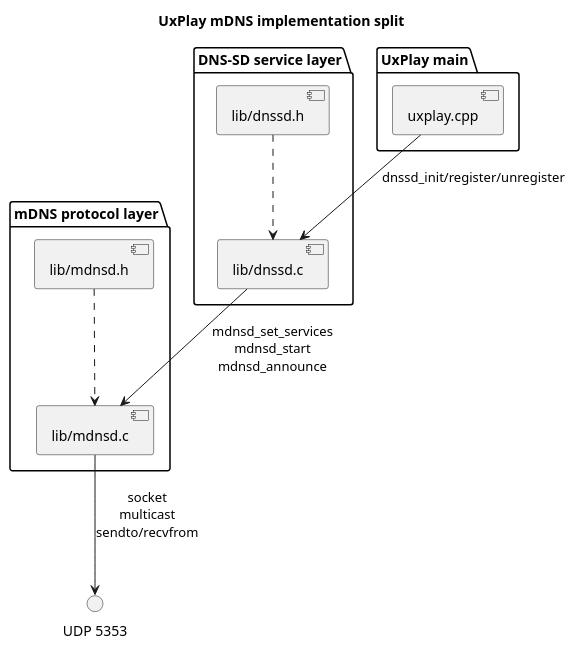
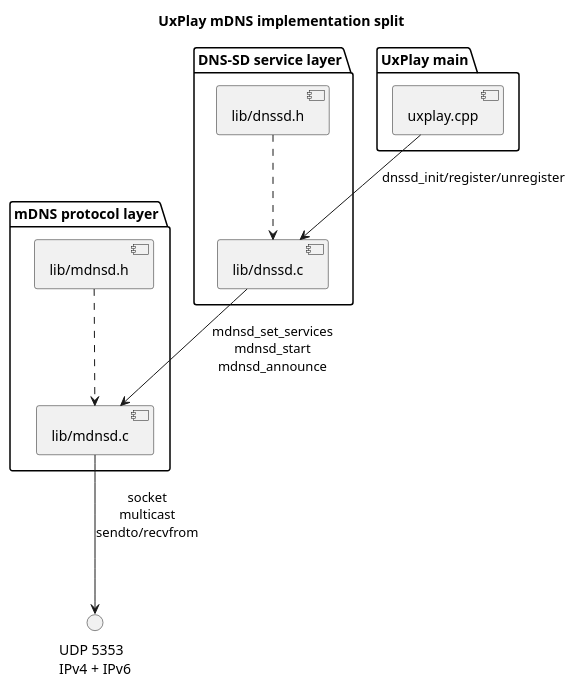
The fourth of 6 diagrams in content/articles/Android/airplay_mdns_discovery/index.md (kgbook/blog), drawn with PlantUML before and after one commit. The commit also changed other lines of this file, not shown here.

Commit message:
feat: add ipv6 mDNS support

````diff
--- a/content/articles/Android/airplay_mdns_discovery/index.md
+++ b/content/articles/Android/airplay_mdns_discovery/index.md
@@ -372,27 +387,27 @@
 ```plantuml
 @startuml
 title UxPlay mDNS implementation split
 
 package "UxPlay main" {
   [uxplay.cpp] as UxPlay
 }
 
 package "DNS-SD service layer" {
   [lib/dnssd.c] as Dnssd
   [lib/dnssd.h] as DnssdH
 }
 
 package "mDNS protocol layer" {
   [lib/mdnsd.c] as Mdnsd
   [lib/mdnsd.h] as MdnsdH
 }
 
 UxPlay --> Dnssd : dnssd_init/register/unregister
 Dnssd --> Mdnsd : mdnsd_set_services\nmdnsd_start\nmdnsd_announce
-Mdnsd --> "UDP 5353" : socket\nmulticast\nsendto/recvfrom
+Mdnsd --> "UDP 5353\nIPv4 + IPv6" : socket\nmulticast\nsendto/recvfrom
 
 DnssdH ..> Dnssd
 MdnsdH ..> Mdnsd
 
 @enduml
 ```
````
